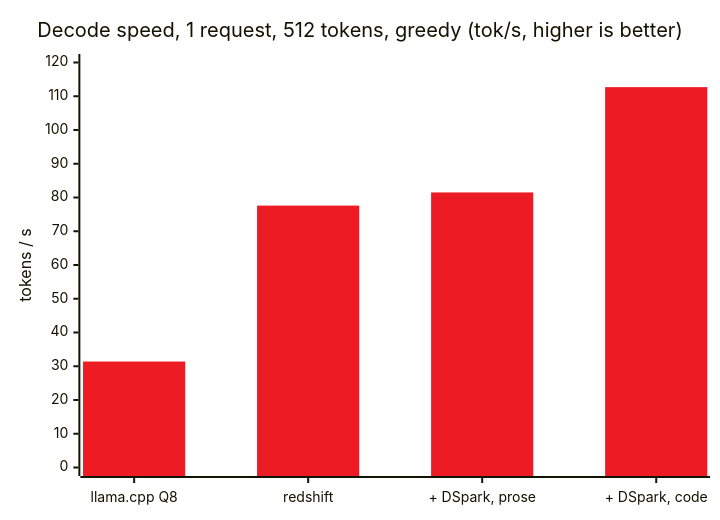
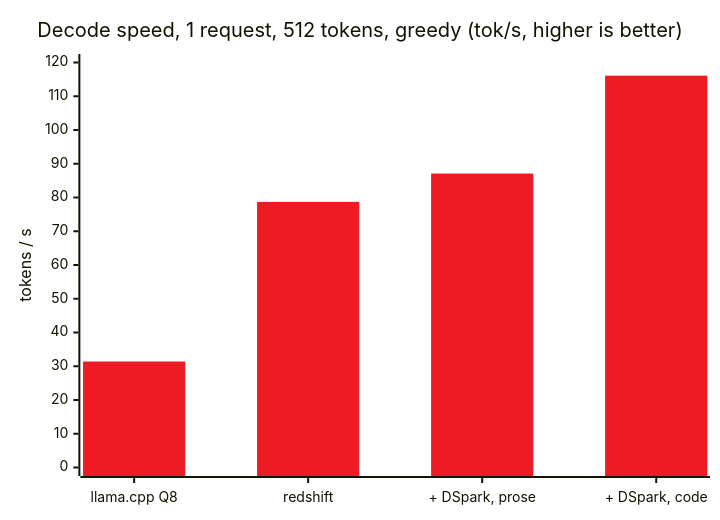
Before and after one commit to abhinand5/vllm-redshift: the first of 2 diagrams in README.md, drawn with Mermaid. The commit also changed other lines of this file and 11 other files, not shown here.

````diff
--- a/README.md
+++ b/README.md
@@ -32,8 +32,8 @@
 ```mermaid
 %%{init: {"themeVariables": {"xyChart": {"plotColorPalette": "#ED1C24"}}}}%%
 xychart-beta
     title "Decode speed, 1 request, 512 tokens, greedy (tok/s, higher is better)"
     x-axis ["llama.cpp Q8", "redshift", "+ DSpark, prose", "+ DSpark, code"]
     y-axis "tokens / s" 0 --> 120
-    bar [31.4, 77.6, 81.5, 112.7]
+    bar [31.4, 78.7, 87.1, 116.1]
 ```
````
